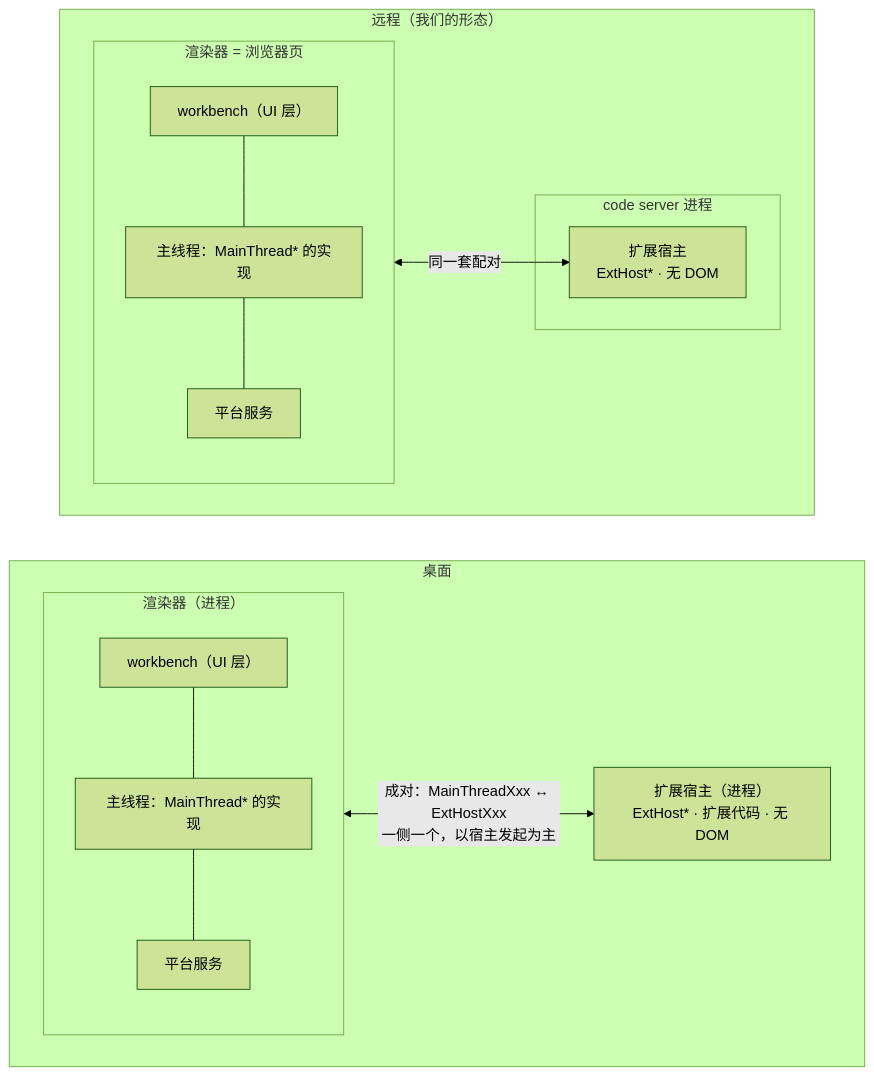
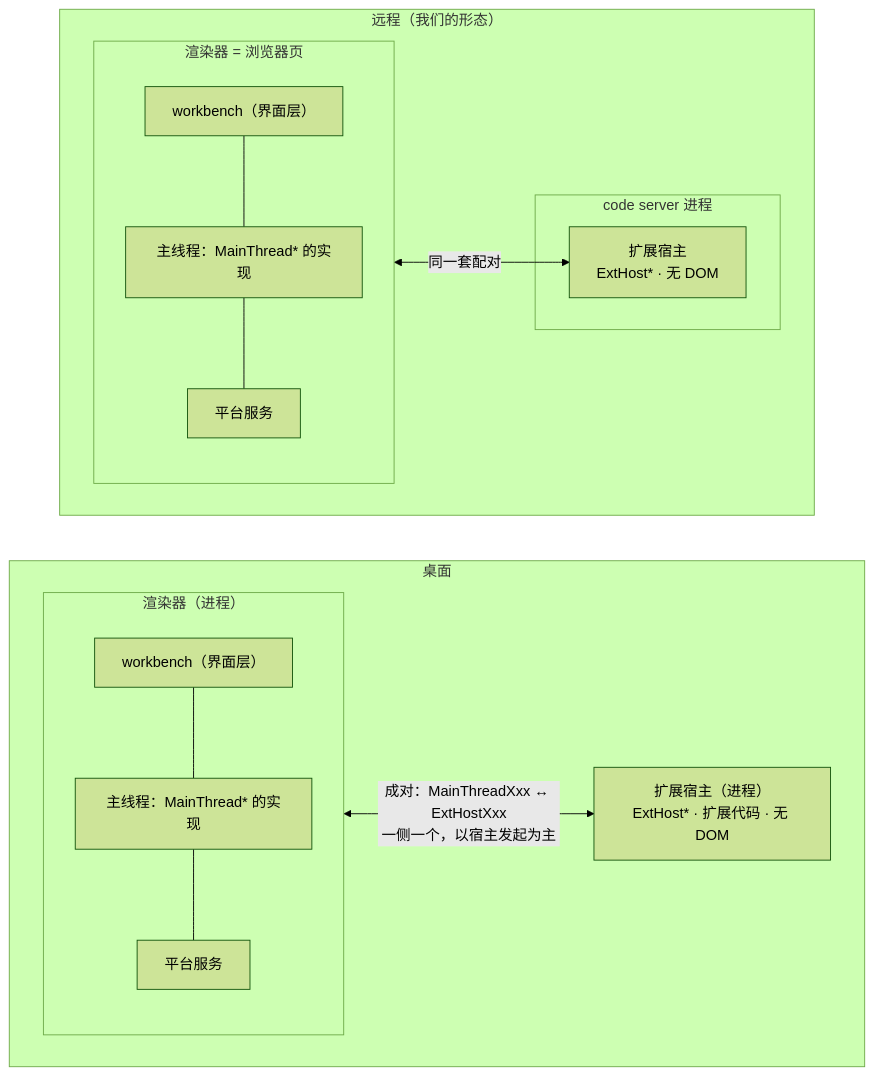
Before and after one commit to ifplusor/prac: the diagram in docs/vscode.md, drawn with Mermaid (forest theme). The commit also changed other lines of this file and 1 other file, not shown here.

````diff
--- a/docs/vscode.md
+++ b/docs/vscode.md
@@ -14,29 +14,29 @@
 ```mermaid
 flowchart LR
   subgraph D["桌面"]
     direction LR
     subgraph DR["渲染器（进程）"]
       direction TB
-      DUI["workbench（UI 层）"]
+      DUI["workbench（界面层）"]
       DMT["主线程：MainThread* 的实现"]
       DPS["平台服务"]
       DUI --- DMT --- DPS
     end
     DEH["扩展宿主（进程）<br/>ExtHost* · 扩展代码 · 无 DOM"]
     DR <-->|"成对：MainThreadXxx ↔ ExtHostXxx<br/>一侧一个，以宿主发起为主"| DEH
   end
   subgraph R["远程（我们的形态）"]
     direction LR
     subgraph RR["渲染器 = 浏览器页"]
       direction TB
-      RUI["workbench（UI 层）"]
+      RUI["workbench（界面层）"]
       RMT["主线程：MainThread* 的实现"]
       RPS["平台服务"]
       RUI --- RMT --- RPS
     end
     subgraph CS["code server 进程"]
       REH["扩展宿主<br/>ExtHost* · 无 DOM"]
     end
     RR <-->|"同一套配对"| REH
   end
 ```
````
